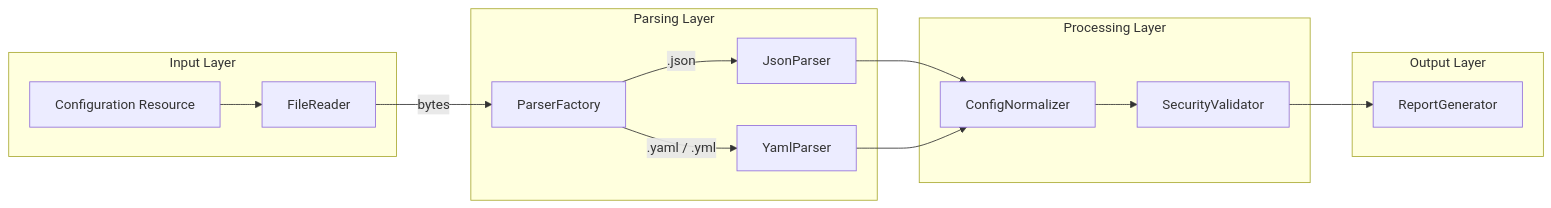
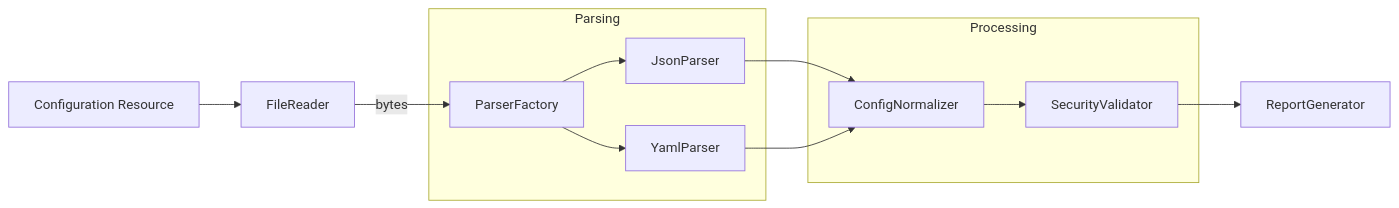
Before and after one commit to truongtranit/security-configuration-inspector: the diagram in README.md, drawn with Mermaid. The commit also changed other lines of this file and 4 other files, not shown here.

````diff
--- a/README.md
+++ b/README.md
@@ -25,34 +109,25 @@
-``` mermaid
+```mermaid
 flowchart LR
-    subgraph Input["Input Layer"]
-        Resource["Configuration Resource"]
-        Reader["FileReader"]
-    end
+    Resource["Configuration Resource"] --> Reader["FileReader"]
 
-    subgraph Parsing["Parsing Layer"]
+    subgraph Parsing["Parsing"]
         Factory["ParserFactory"]
         JSON["JsonParser"]
         YAML["YamlParser"]
     end
 
-    subgraph Processing["Processing Layer"]
+    subgraph Processing["Processing"]
         Normalizer["ConfigNormalizer"]
         Validator["SecurityValidator"]
     end
 
-    subgraph Output["Output Layer"]
-        Reporter["ReportGenerator"]
-    end
+    Reporter["ReportGenerator"]
 
-    Resource --> Reader
     Reader -->|bytes| Factory
-
-    Factory -->|.json| JSON
-    Factory -->|.yaml / .yml| YAML
-
+    Factory --> JSON
+    Factory --> YAML
     JSON --> Normalizer
     YAML --> Normalizer
-
     Normalizer --> Validator
     Validator --> Reporter
 ```
````
